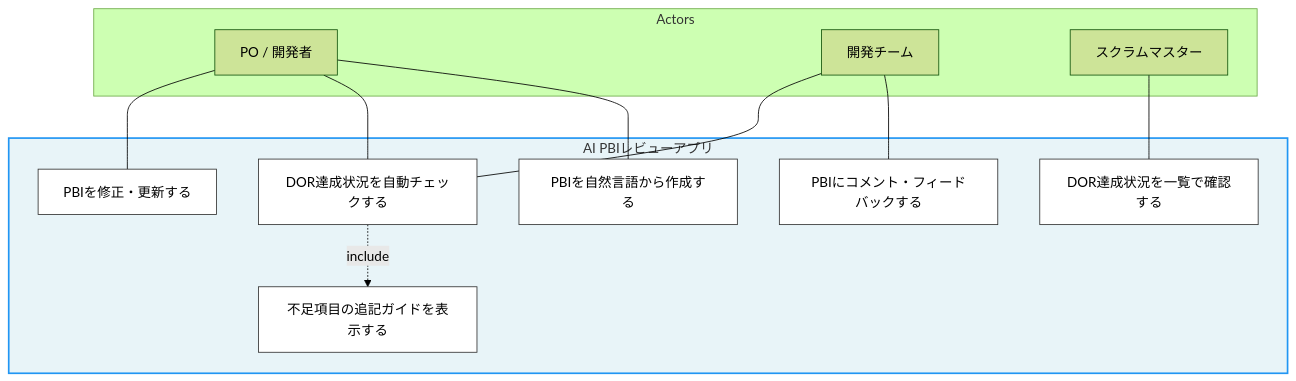
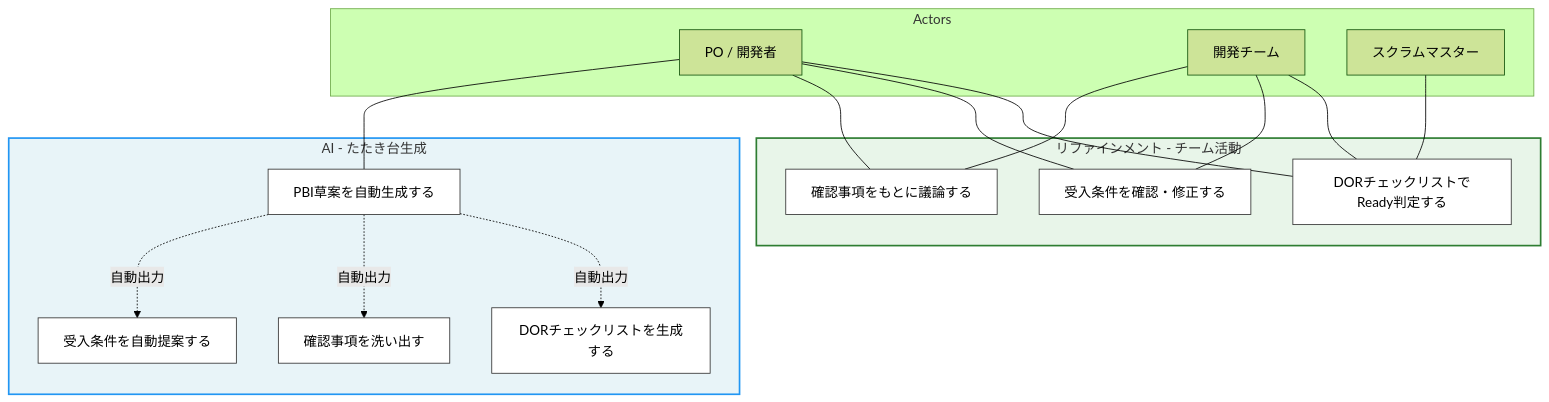
One commit to si-sa-a/app1 changed the second of 3 diagrams in docs/usecase-diagram.md. Above: the diagram before and after it, drawn with Mermaid (forest theme). The commit also changed other lines of this file and 2 other files, not shown here.

````diff
--- a/docs/usecase-diagram.md
+++ b/docs/usecase-diagram.md
@@ -39,36 +31,45 @@
 ```mermaid
 graph TB
     subgraph Actors
         PO["PO / 開発者"]
         DEV["開発チーム"]
         SM["スクラムマスター"]
     end
 
-    subgraph System["AI PBIレビューアプリ"]
-        UC1["PBIを自然言語から作成する"]
-        UC2["DOR達成状況を自動チェックする"]
-        UC3["不足項目の追記ガイドを表示する"]
-        UC4["PBIにコメント・フィードバックする"]
-        UC5["DOR達成状況を一覧で確認する"]
-        UC6["PBIを修正・更新する"]
+    subgraph AI["AI - たたき台生成"]
+        UC1["PBI草案を自動生成する"]
+        UC2["受入条件を自動提案する"]
+        UC3["確認事項を洗い出す"]
+        UC4["DORチェックリストを生成する"]
+    end
+
+    subgraph TeamActivity["リファインメント - チーム活動"]
+        UC5["確認事項をもとに議論する"]
+        UC6["受入条件を確認・修正する"]
+        UC7["DORチェックリストでReady判定する"]
     end
 
     PO --- UC1
-    PO --- UC2
+    UC1 -.->|自動出力| UC2
+    UC1 -.->|自動出力| UC3
+    UC1 -.->|自動出力| UC4
+
+    DEV --- UC5
+    DEV --- UC6
+    DEV --- UC7
+    PO --- UC5
     PO --- UC6
+    PO --- UC7
 
-    UC2 -.->|include| UC3
+    SM --- UC7
 
-    DEV --- UC4
-    DEV --- UC2
-
-    SM --- UC5
-
-    style System fill:#e8f4f8,stroke:#2196F3,stroke-width:2px
+    style AI fill:#e8f4f8,stroke:#2196F3,stroke-width:2px
+    style TeamActivity fill:#E8F5E9,stroke:#2E7D32,stroke-width:2px
     style UC1 fill:#fff,stroke:#333
     style UC2 fill:#fff,stroke:#333
     style UC3 fill:#fff,stroke:#333
     style UC4 fill:#fff,stroke:#333
     style UC5 fill:#fff,stroke:#333
     style UC6 fill:#fff,stroke:#333
+    style UC7 fill:#fff,stroke:#333
 ```
````
